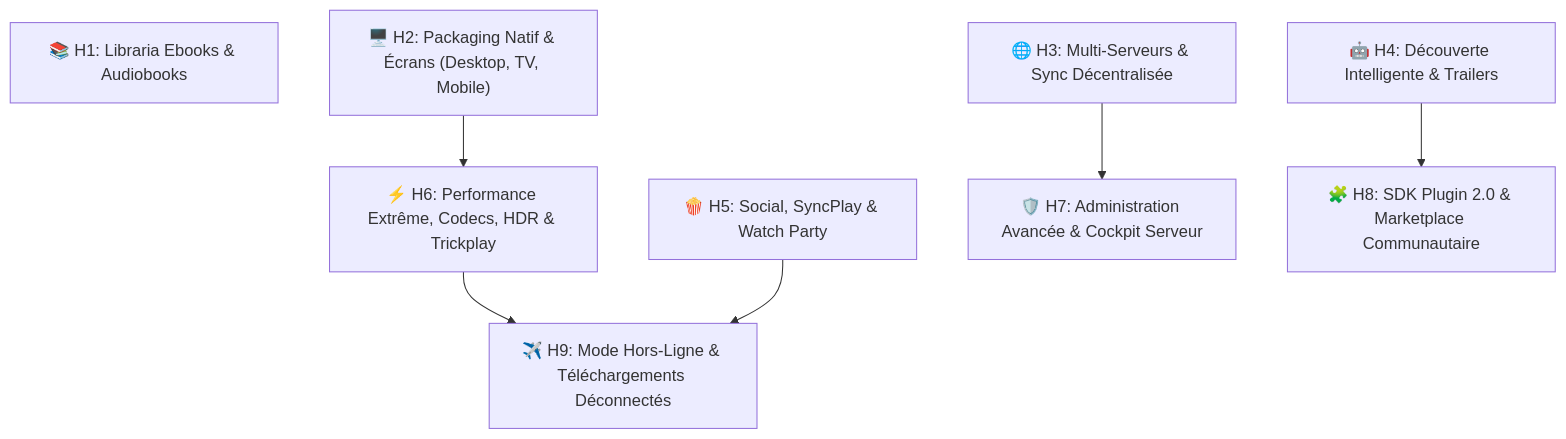
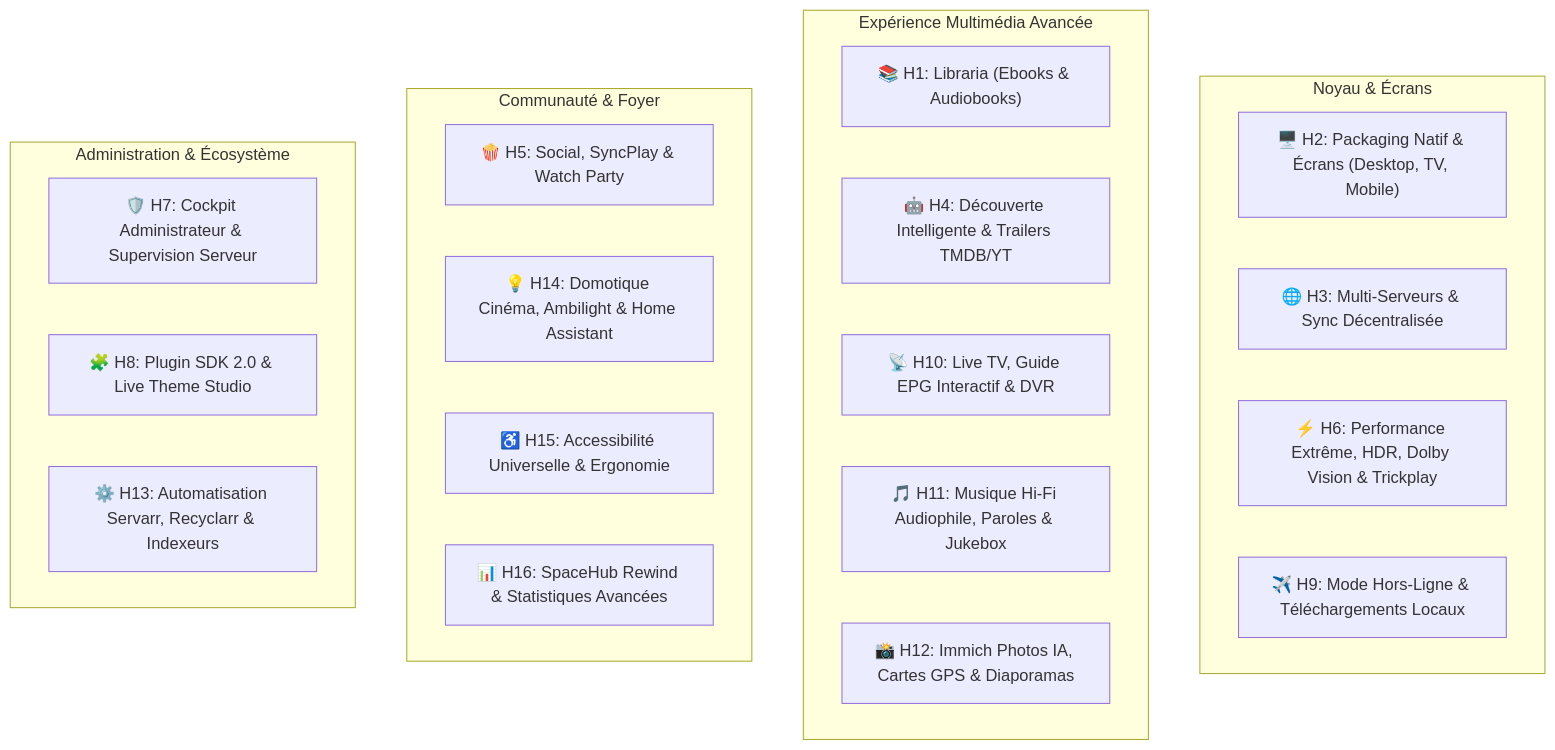
One commit to nicoo-o/SpaceHub changed the diagram in docs/ROADMAP_FUTUR_v8.md. Above: the diagram before and after it, drawn with Mermaid. The commit also changed other lines of this file, not shown here.

Commit message:
docs: master roadmap v10 with all 16 horizons (Live TV/DVR, Hi-Fi Audiophile, Immich AI, Home Automation, Accessibility, Rewind, Admin Suite, Plugin SDK 2.0)

````diff
--- a/docs/ROADMAP_FUTUR_v8.md
+++ b/docs/ROADMAP_FUTUR_v8.md
@@ -18,18 +22,30 @@
 ```mermaid
 graph TD
-    H1["📚 H1: Libraria Ebooks & Audiobooks"]
-    H2["🖥️ H2: Packaging Natif & Écrans (Desktop, TV, Mobile)"]
-    H3["🌐 H3: Multi-Serveurs & Sync Décentralisée"]
-    H4["🤖 H4: Découverte Intelligente & Trailers"]
-    H5["🍿 H5: Social, SyncPlay & Watch Party"]
-    H6["⚡ H6: Performance Extrême, Codecs, HDR & Trickplay"]
-    H7["🛡️ H7: Administration Avancée & Cockpit Serveur"]
-    H8["🧩 H8: SDK Plugin 2.0 & Marketplace Communautaire"]
-    H9["✈️ H9: Mode Hors-Ligne & Téléchargements Déconnectés"]
+    subgraph "Noyau & Écrans"
+        H2["🖥️ H2: Packaging Natif & Écrans (Desktop, TV, Mobile)"]
+        H3["🌐 H3: Multi-Serveurs & Sync Décentralisée"]
+        H6["⚡ H6: Performance Extrême, HDR, Dolby Vision & Trickplay"]
+        H9["✈️ H9: Mode Hors-Ligne & Téléchargements Locaux"]
+    end
 
-    H2 --> H6
-    H3 --> H7
-    H4 --> H8
-    H6 --> H9
-    H5 --> H9
+    subgraph "Expérience Multimédia Avancée"
+        H1["📚 H1: Libraria (Ebooks & Audiobooks)"]
+        H4["🤖 H4: Découverte Intelligente & Trailers TMDB/YT"]
+        H10["📡 H10: Live TV, Guide EPG Interactif & DVR"]
+        H11["🎵 H11: Musique Hi-Fi Audiophile, Paroles & Jukebox"]
+        H12["📸 H12: Immich Photos IA, Cartes GPS & Diaporamas"]
+    end
+
+    subgraph "Communauté & Foyer"
+        H5["🍿 H5: Social, SyncPlay & Watch Party"]
+        H14["💡 H14: Domotique Cinéma, Ambilight & Home Assistant"]
+        H15["♿ H15: Accessibilité Universelle & Ergonomie"]
+        H16["📊 H16: SpaceHub Rewind & Statistiques Avancées"]
+    end
+
+    subgraph "Administration & Écosystème"
+        H7["🛡️ H7: Cockpit Administrateur & Supervision Serveur"]
+        H8["🧩 H8: Plugin SDK 2.0 & Live Theme Studio"]
+        H13["⚙️ H13: Automatisation Servarr, Recyclarr & Indexeurs"]
+    end
 ```
````
